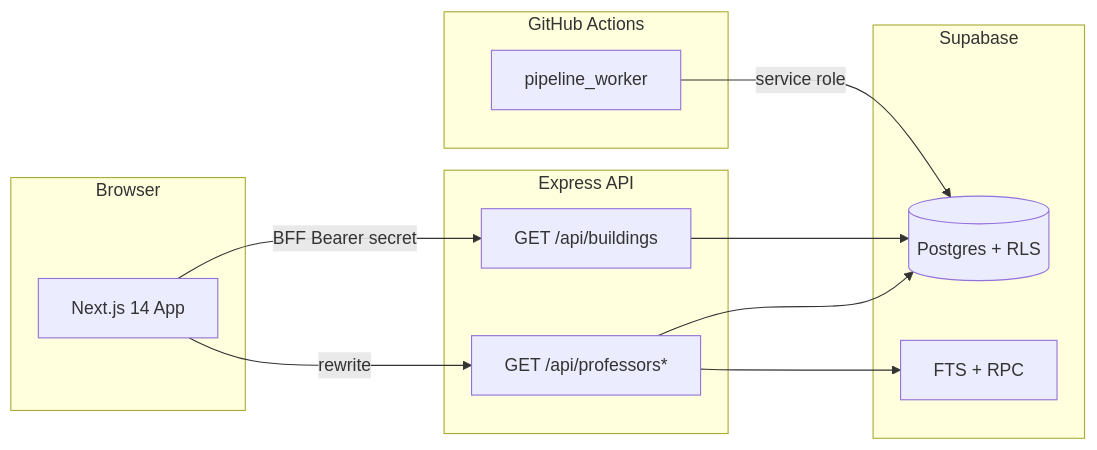
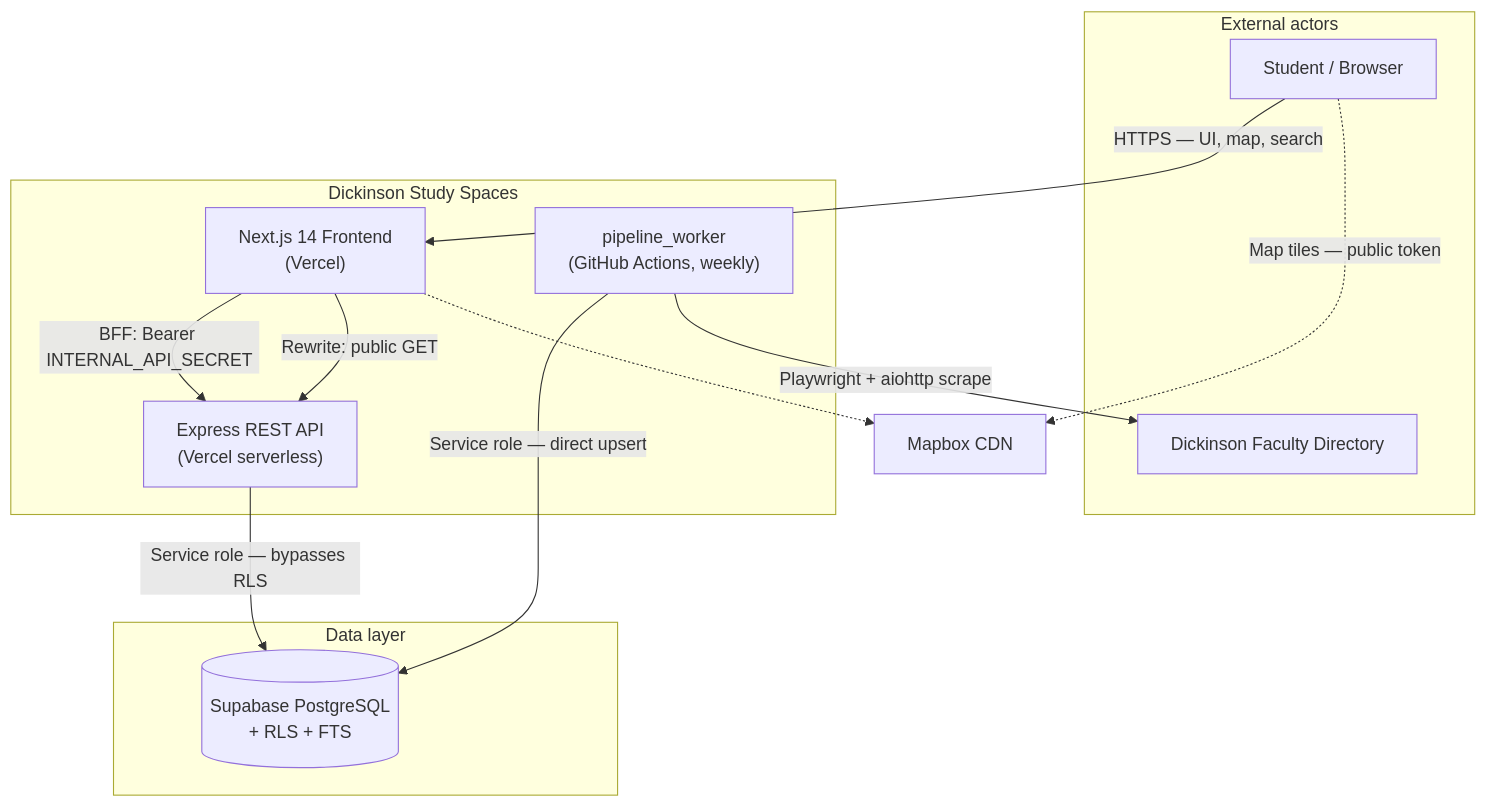
The first of 6 diagrams in README.md (hmhngx/dson-study-spaces), drawn with Mermaid before and after one commit. The commit also changed other lines of this file, not shown here.

First line of the commit message:
Redesign README with verified architecture and sequence diagrams

````diff
--- a/README.md
+++ b/README.md
@@ -40,27 +77,28 @@
 ```mermaid
-flowchart LR
-  subgraph client [Browser]
-    Next["Next.js 14 App"]
+flowchart TB
+  subgraph actors ["External actors"]
+    Student["Student / Browser"]
+    FacultySite["Dickinson Faculty Directory"]
   end
 
-  subgraph api [Express API]
-    Buildings["GET /api/buildings"]
-    Professors["GET /api/professors*"]
+  subgraph platform ["Dickinson Study Spaces"]
+    NextApp["Next.js 14 Frontend\n(Vercel)"]
+    ExpressAPI["Express REST API\n(Vercel serverless)"]
+    Pipeline["pipeline_worker\n(GitHub Actions, weekly)"]
   end
 
-  subgraph data [Supabase]
-    DB[(Postgres + RLS)]
-    FTS["FTS + RPC"]
+  subgraph data ["Data layer"]
+    Supabase[("Supabase PostgreSQL\n+ RLS + FTS")]
   end
 
-  subgraph ci [GitHub Actions]
-    Pipeline["pipeline_worker"]
-  end
+  MapboxExt["Mapbox CDN"]
 
-  Next -->|"BFF Bearer secret"| Buildings
-  Next -->|"rewrite"| Professors
-  Buildings --> DB
-  Professors --> DB
-  Professors --> FTS
-  Pipeline -->|"service role"| DB
+  Student -->|"HTTPS — UI, map, search"| NextApp
+  NextApp -->|"BFF: Bearer INTERNAL_API_SECRET"| ExpressAPI
+  NextApp -->|"Rewrite: public GET"| ExpressAPI
+  ExpressAPI -->|"Service role — bypasses RLS"| Supabase
+  Pipeline -->|"Service role — direct upsert"| Supabase
+  Pipeline -->|"Playwright + aiohttp scrape"| FacultySite
+  Student -.->|"Map tiles — public token"| MapboxExt
+  NextApp -.-> MapboxExt
 ```
````
